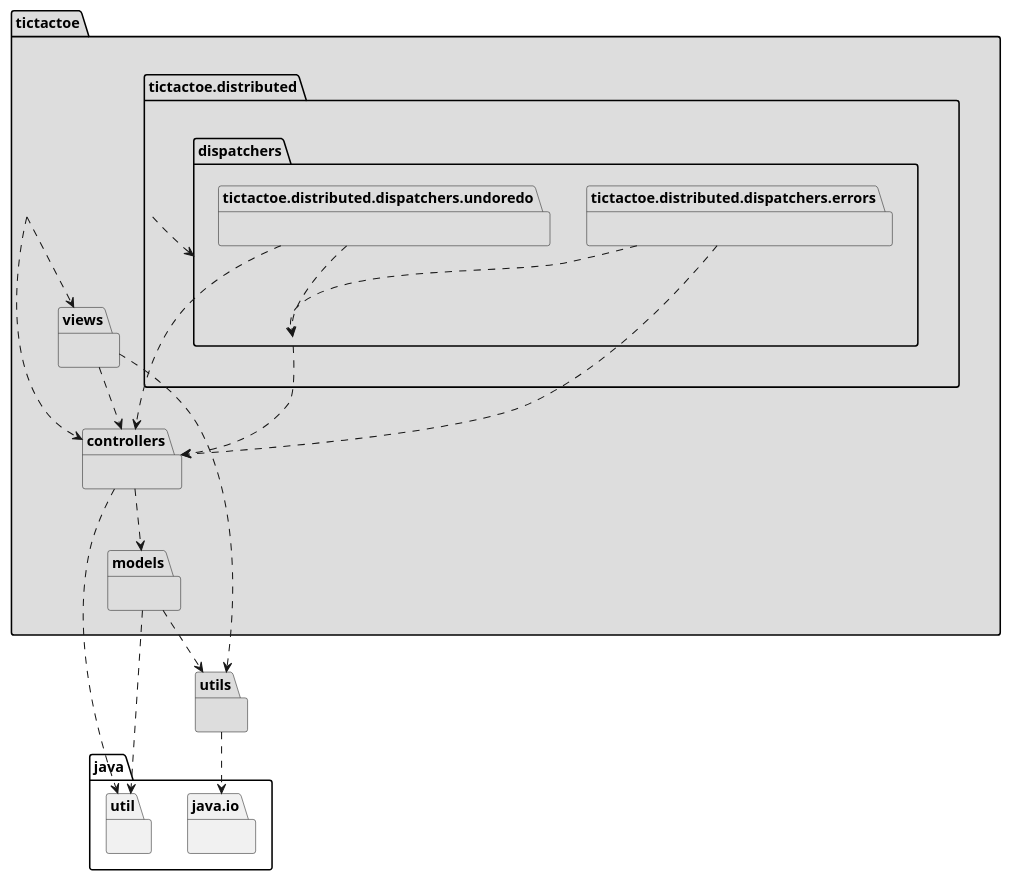
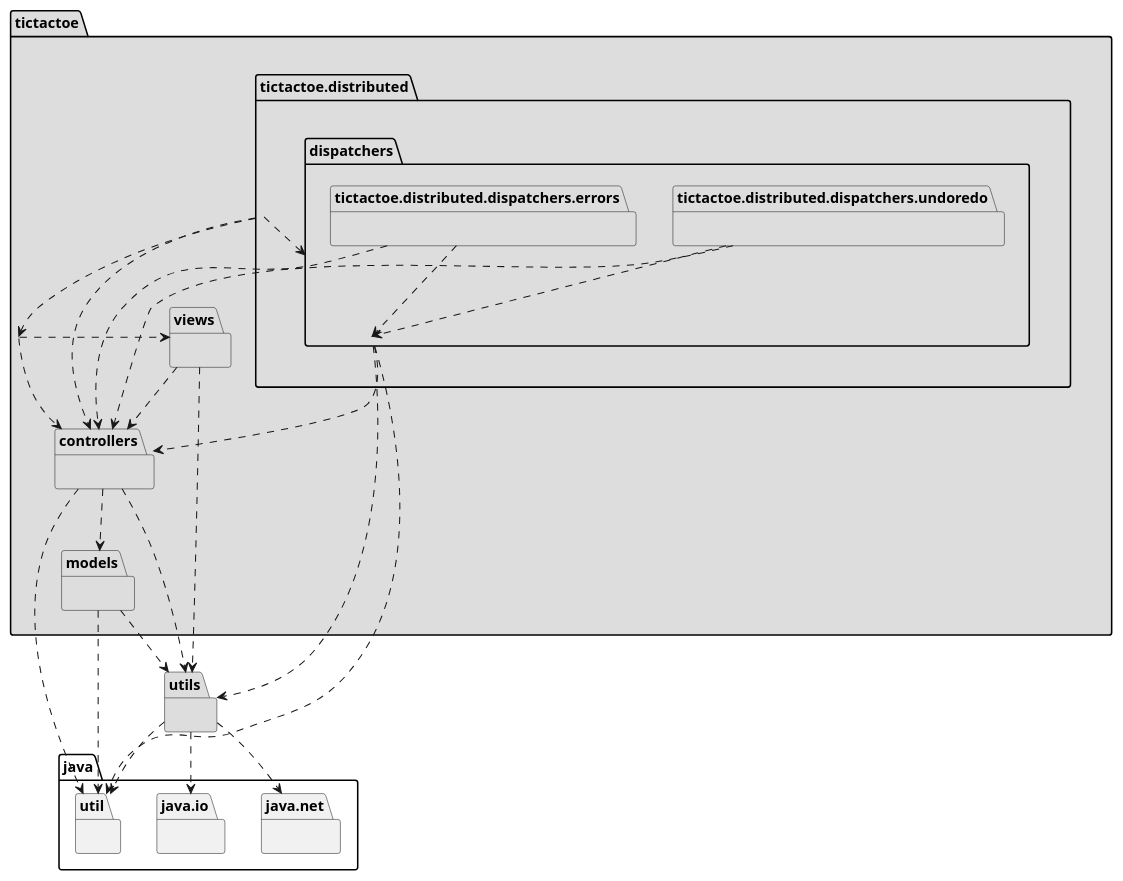
One commit to x-USantaTecla-game-ticTacToe/java changed the first of 6 diagrams in docs/src/docs/asciidoc/index.adoc. Above: the diagram before and after it, drawn with PlantUML. The commit also changed other lines of this file and 28 other files, not shown here.

```diff
--- a/docs/src/docs/asciidoc/index.adoc
+++ b/docs/src/docs/asciidoc/index.adoc
@@ -34,39 +34,49 @@
-[plantuml,arquitecturaVersion10,svg]
+[plantuml,arquitecturaVersion9,svg]
 ....
 
 package tictactoe #DDDDDD { } 
 tictactoe .down.> tictactoe.views
 tictactoe .down.> tictactoe.controllers
 
 package tictactoe.controllers #DDDDDD { } 
 tictactoe.controllers .down.> tictactoe.models
 tictactoe.controllers .down.> java.util
+tictactoe.controllers .down.> utils
 
 package tictactoe.distributed #DDDDDD { } 
+tictactoe.distributed .down.> tictactoe.controllers
+tictactoe.distributed .down.> tictactoe
 tictactoe.distributed .down.> tictactoe.distributed.dispatchers
 
 package tictactoe.distributed.dispatchers #DDDDDD { } 
 tictactoe.distributed.dispatchers .down.> tictactoe.controllers
+package java.util{ }
+tictactoe.distributed.dispatchers .down.> java.util
+tictactoe.distributed.dispatchers .down.> utils
 
 package tictactoe.distributed.dispatchers.errors #DDDDDD { } 
 tictactoe.distributed.dispatchers.errors .down.> tictactoe.distributed.dispatchers
 tictactoe.distributed.dispatchers.errors .down.> tictactoe.controllers
 
 package tictactoe.distributed.dispatchers.undoredo #DDDDDD { } 
 tictactoe.distributed.dispatchers.undoredo .down.> tictactoe.distributed.dispatchers
 tictactoe.distributed.dispatchers.undoredo .down.> tictactoe.controllers
 
 package tictactoe.models #DDDDDD { }
 package java.util{ }
 tictactoe.models .down.> java.util
 tictactoe.models .down.> utils
 
 package utils #DDDDDD { } 
+package java.util{ }
+utils .down.> java.util
+package java.net{ }
+utils .down.> java.net
 package java.io{ }
 utils .down.> java.io
 
 package tictactoe.views #DDDDDD { } 
 tictactoe.views .down.> tictactoe.controllers
 tictactoe.views .down.> utils
 
 ....
```
